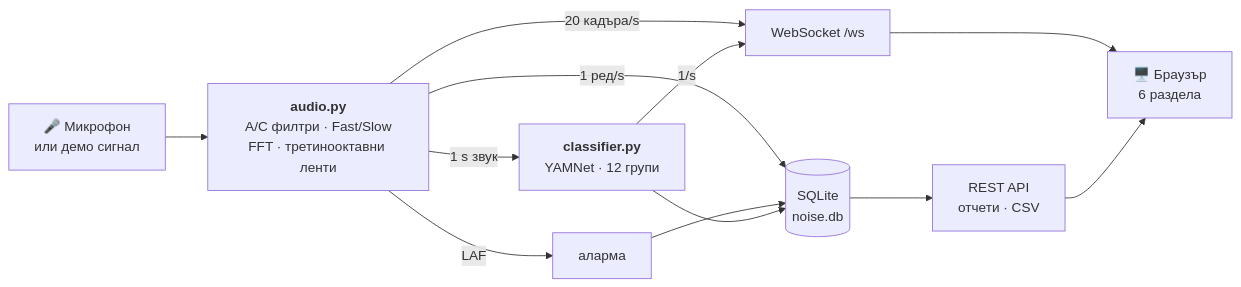
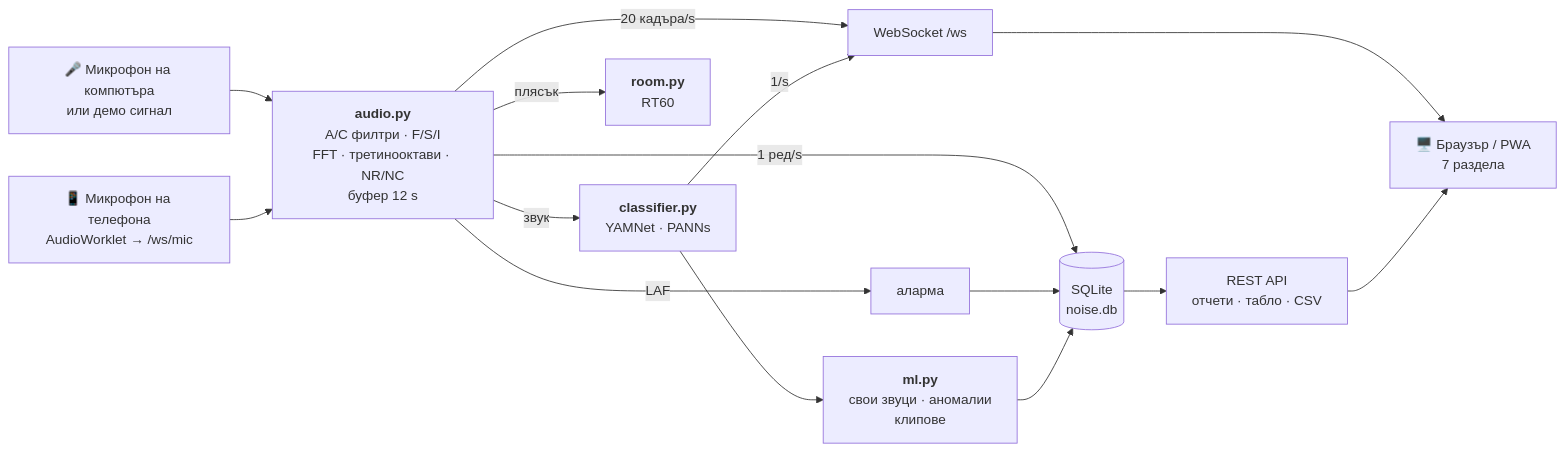
One commit to Krumqnkata/noise-measure-tool changed the diagram in README.md. Above: the diagram before and after it, drawn with Mermaid. The commit also changed other lines of this file and 42 other files, not shown here.

First line of the commit message:
Етап 3: машинно обучение – свои звуци, аномалии, аудио клипове, по-точен модел

````diff
--- a/README.md
+++ b/README.md
@@ -184,13 +237,17 @@
 ```mermaid
 flowchart LR
-    mic["🎤 Микрофон<br/>или демо сигнал"] --> audio["<b>audio.py</b><br/>A/C филтри · Fast/Slow<br/>FFT · третинооктавни ленти"]
+    mic["🎤 Микрофон на компютъра<br/>или демо сигнал"] --> audio
+    phone["📱 Микрофон на телефона<br/>AudioWorklet → /ws/mic"] --> audio
+    audio["<b>audio.py</b><br/>A/C филтри · F/S/I<br/>FFT · третинооктави · NR/NC<br/>буфер 12 s"]
     audio -- "20 кадъра/s" --> ws["WebSocket /ws"]
     audio -- "1 ред/s" --> db[("SQLite<br/>noise.db")]
     audio -- "LAF" --> alarm["аларма"] --> db
-    audio -- "1 s звук" --> cls["<b>classifier.py</b><br/>YAMNet · 12 групи"]
+    audio -- "звук" --> cls["<b>classifier.py</b><br/>YAMNet · PANNs"]
+    cls --> ml["<b>ml.py</b><br/>свои звуци · аномалии<br/>клипове"]
+    ml --> db
     cls -- "1/s" --> ws
-    cls --> db
-    db --> api["REST API<br/>отчети · CSV"]
-    ws --> ui["🖥️ Браузър<br/>6 раздела"]
+    audio -- "плясък" --> room["<b>room.py</b><br/>RT60"]
+    db --> api["REST API<br/>отчети · табло · CSV"]
+    ws --> ui["🖥️ Браузър / PWA<br/>7 раздела"]
     api --> ui
 ```
````
